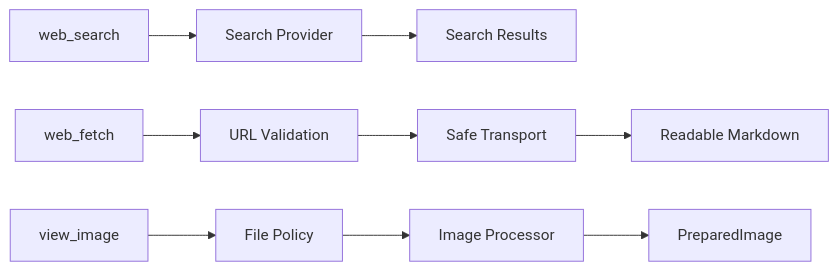
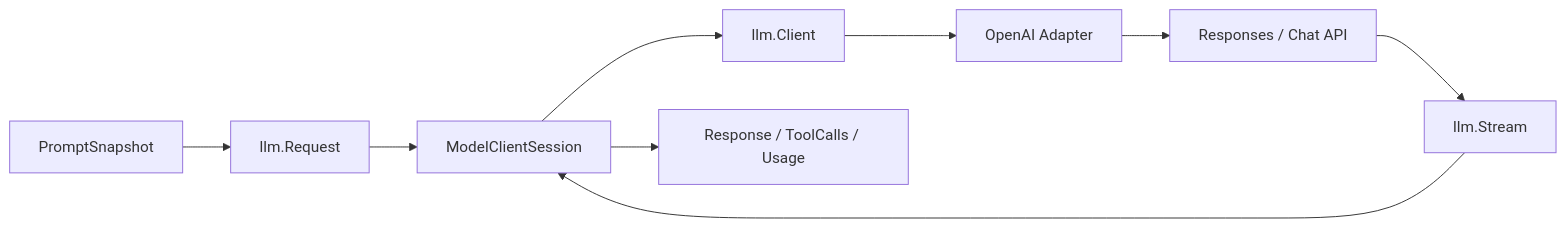
One commit to Godric-W/Amadeus changed diagram 18 of 43 in docs/architecture-whitepaper.md. Above: the diagram before and after it, drawn with Mermaid. The commit also changed other lines of this file and 1 other file, not shown here.

````diff
--- a/docs/architecture-whitepaper.md
+++ b/docs/architecture-whitepaper.md
@@ -1016,18 +766,14 @@
 ```mermaid
 flowchart LR
-    WS[web_search]
-    SP[Search Provider]
-    SR[Search Results]
-    WF[web_fetch]
-    URL[URL Validation]
-    HTTP[Safe Transport]
-    MD[Readable Markdown]
-    VI[view_image]
-    FP[File Policy]
-    IP[Image Processor]
-    PI[PreparedImage]
+    Prompt[PromptSnapshot]
+    Request[llm.Request]
+    Session[ModelClientSession]
+    Client[llm.Client]
+    Adapter[OpenAI Adapter]
+    API[Responses / Chat API]
+    Stream[llm.Stream]
+    Result[Response / ToolCalls / Usage]
 
-    WS --> SP --> SR
-    WF --> URL --> HTTP --> MD
-    VI --> FP --> IP --> PI
+    Prompt --> Request --> Session --> Client --> Adapter --> API
+    API --> Stream --> Session --> Result
 ```
````
